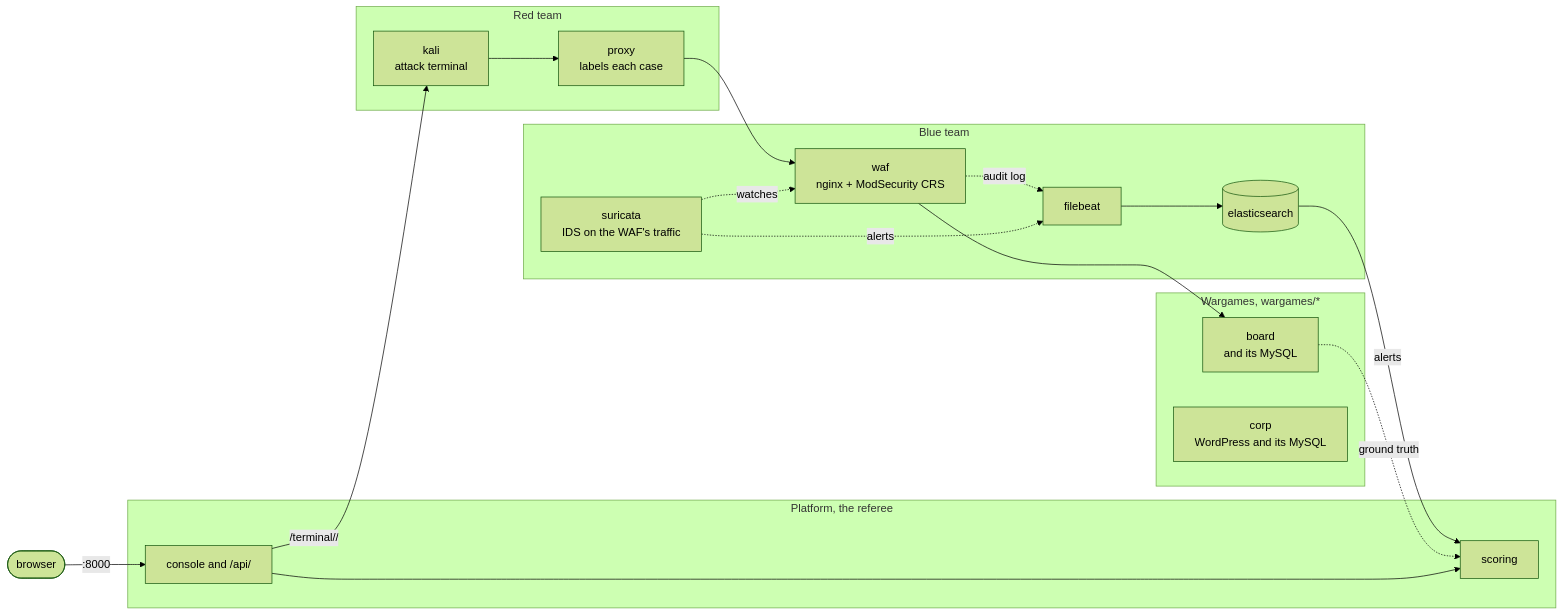
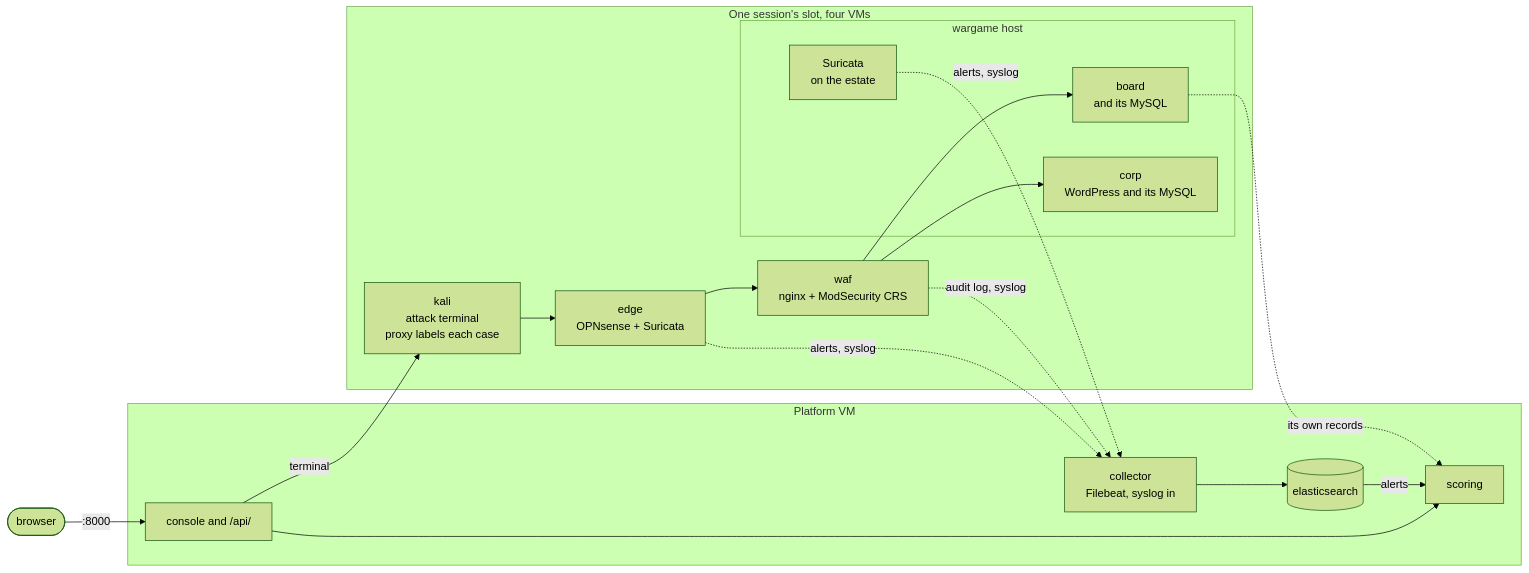
One commit to Nekonic/fsl-project-mvp changed the second of 2 diagrams in README.md. Above: the diagram before and after it, drawn with Mermaid (forest theme). The commit also changed other lines of this file and 4 other files, not shown here.

````diff
--- a/README.md
+++ b/README.md
@@ -87,39 +309,36 @@
 ```mermaid
 flowchart LR
   person(["browser"])
 
-  subgraph red["Red team"]
-    kali["kali<br/>attack terminal"]
-    proxy["proxy<br/>labels each case"]
-  end
-
-  subgraph blue["Blue team"]
-    waf["waf<br/>nginx + ModSecurity CRS"]
-    suricata["suricata<br/>IDS on the WAF's traffic"]
-    filebeat["filebeat"]
+  subgraph platformvm["Platform VM"]
+    console["console and /api/"]
+    scoring["scoring"]
+    collector["collector<br/>Filebeat, syslog in"]
     es[("elasticsearch")]
   end
 
-  subgraph wargames["Wargames, wargames/*"]
-    board["board<br/>and its MySQL"]
-    corp["corp<br/>WordPress and its MySQL"]
-  end
-
-  subgraph platform["Platform, the referee"]
-    console["console and /api/"]
-    scoring["scoring"]
+  subgraph slot["One session's slot, four VMs"]
+    kali["kali<br/>attack terminal<br/>proxy labels each case"]
+    edge["edge<br/>OPNsense + Suricata"]
+    waf["waf<br/>nginx + ModSecurity CRS"]
+    subgraph host["wargame host"]
+      board["board<br/>and its MySQL"]
+      corp["corp<br/>WordPress and its MySQL"]
+      estate["Suricata<br/>on the estate"]
+    end
   end
 
   person -->|":8000"| console
-  console -->|"/terminal/<session id>/"| kali
-  kali --> proxy
-  proxy --> waf
+  console -->|"terminal"| kali
+  kali --> edge
+  edge --> waf
   waf --> board
-  suricata -.->|watches| waf
-  waf -.->|audit log| filebeat
-  suricata -.->|alerts| filebeat
-  filebeat --> es
+  waf --> corp
+  edge -.->|"alerts, syslog"| collector
+  waf -.->|"audit log, syslog"| collector
+  estate -.->|"alerts, syslog"| collector
+  collector --> es
   es -->|alerts| scoring
-  board -.->|ground truth| scoring
+  board -.->|its own records| scoring
   console --> scoring
 ```
````
